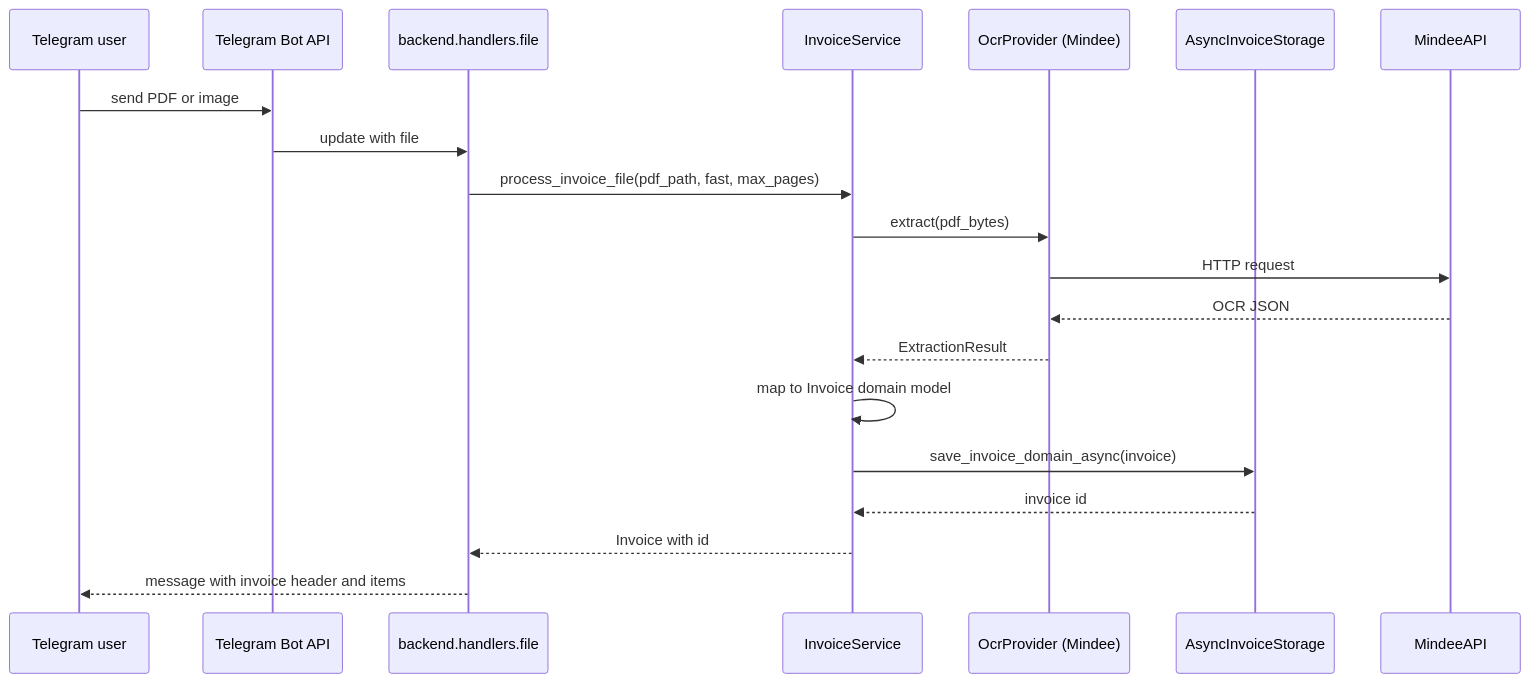
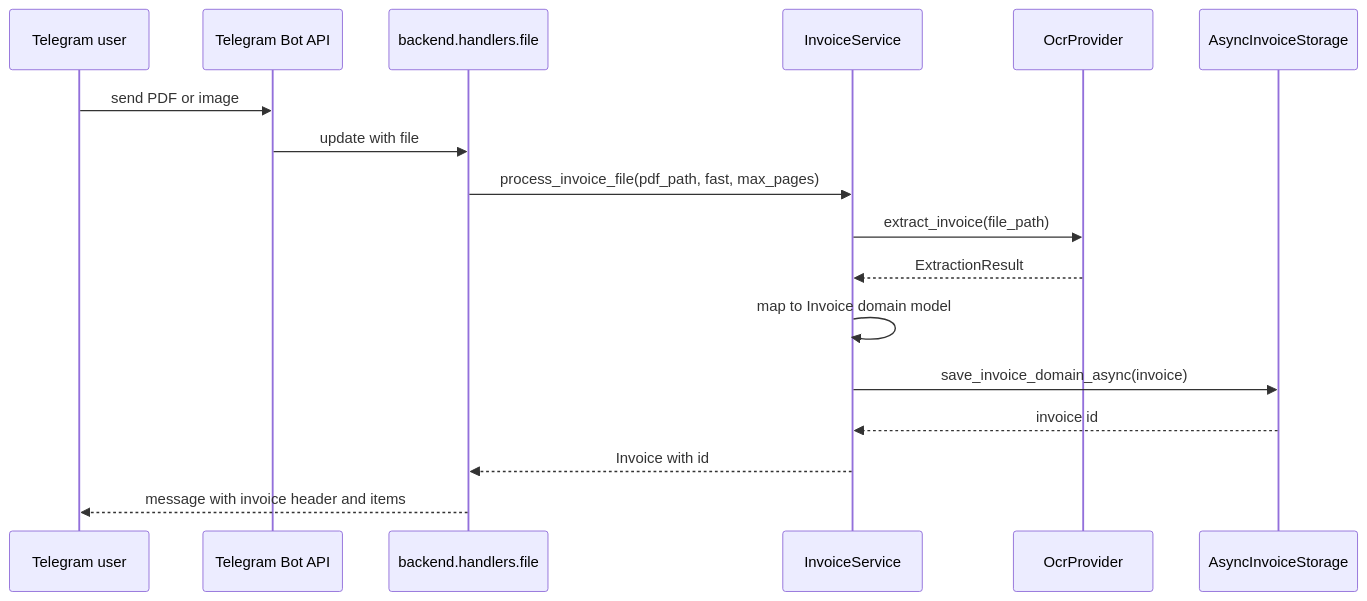
The second of 2 diagrams in docs/en/architecture.md (AmaLS367/InvoiceFlowBot), drawn with Mermaid before and after one commit. The commit also changed other lines of this file and 36 other files, not shown here.

````diff
--- a/docs/en/architecture.md
+++ b/docs/en/architecture.md
@@ -63,22 +64,20 @@
 ```mermaid
 sequenceDiagram
     participant User as Telegram user
     participant TG as Telegram Bot API
     participant H as backend.handlers.file
     participant S as InvoiceService
-    participant O as OcrProvider (Mindee)
+    participant O as OcrProvider
     participant ST as AsyncInvoiceStorage
 
     User->>TG: send PDF or image
     TG->>H: update with file
     H->>S: process_invoice_file(pdf_path, fast, max_pages)
-    S->>O: extract(pdf_bytes)
-    O->>MindeeAPI: HTTP request
-    MindeeAPI-->>O: OCR JSON
+    S->>O: extract_invoice(file_path)
     O-->>S: ExtractionResult
     S->>S: map to Invoice domain model
     S->>ST: save_invoice_domain_async(invoice)
     ST-->>S: invoice id
     S-->>H: Invoice with id
     H-->>User: message with invoice header and items
 ```
````
